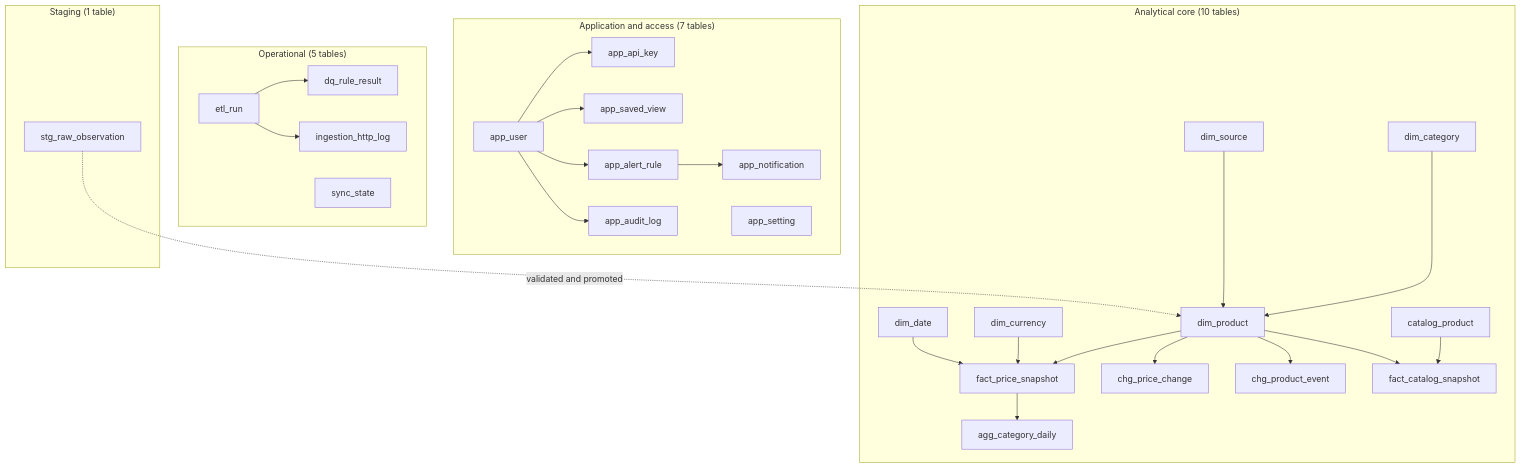
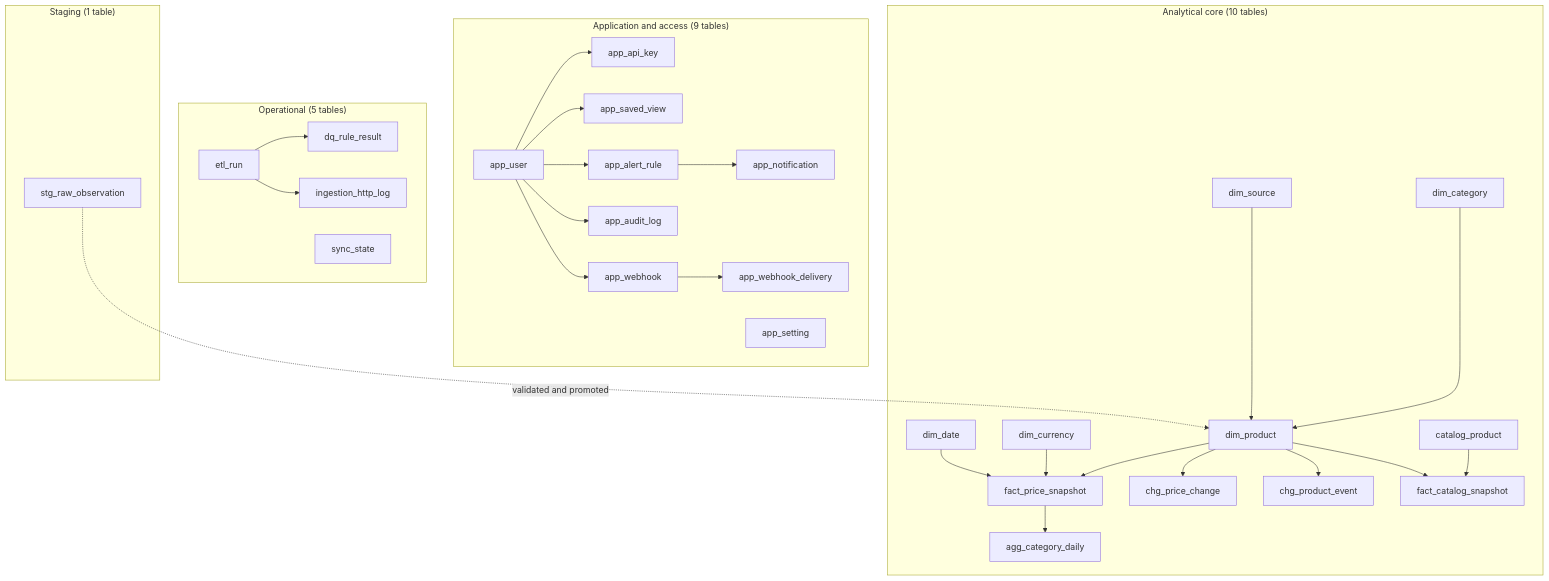
One commit to Ahmedbakr78/Web-to-Warehouse-Product-Intelligence-Pipeline changed the diagram in docs/22_data_dictionary.md. Above: the diagram before and after it, drawn with Mermaid. The commit also changed other lines of this file and 4 other files, not shown here.

````diff
--- a/docs/22_data_dictionary.md
+++ b/docs/22_data_dictionary.md
@@ -19,31 +19,32 @@
 ```mermaid
 flowchart TB
-    subgraph APP["Application and access (7 tables)"]
+    subgraph APP["Application and access (9 tables)"]
         U["app_user"] --> AK["app_api_key"]
         U --> SV["app_saved_view"]
         U --> AR["app_alert_rule"] --> N["app_notification"]
         U --> AL["app_audit_log"]
         ST["app_setting"]
+        U --> WH["app_webhook"] --> WD["app_webhook_delivery"]
     end
     subgraph OPS["Operational (5 tables)"]
         R["etl_run"] --> DQ["dq_rule_result"]
         R --> HL["ingestion_http_log"]
         SS["sync_state"]
     end
 subgraph CORE["Analytical core (10 tables)"]
         DP["dim_product"] --> FP["fact_price_snapshot"]
         DC["dim_category"] --> DP
         DS["dim_source"] --> DP
         DU["dim_currency"] --> FP
         DD["dim_date"] --> FP
         FP --> AG["agg_category_daily"]
         DP --> CP["chg_price_change"]
         DP --> CE["chg_product_event"]
         CAT["catalog_product"] --> FC["fact_catalog_snapshot"]
         DP --> FC
     end
     subgraph STG["Staging (1 table)"]
         RAW["stg_raw_observation"]
     end
     RAW -.validated and promoted.-> DP
 ```
````
